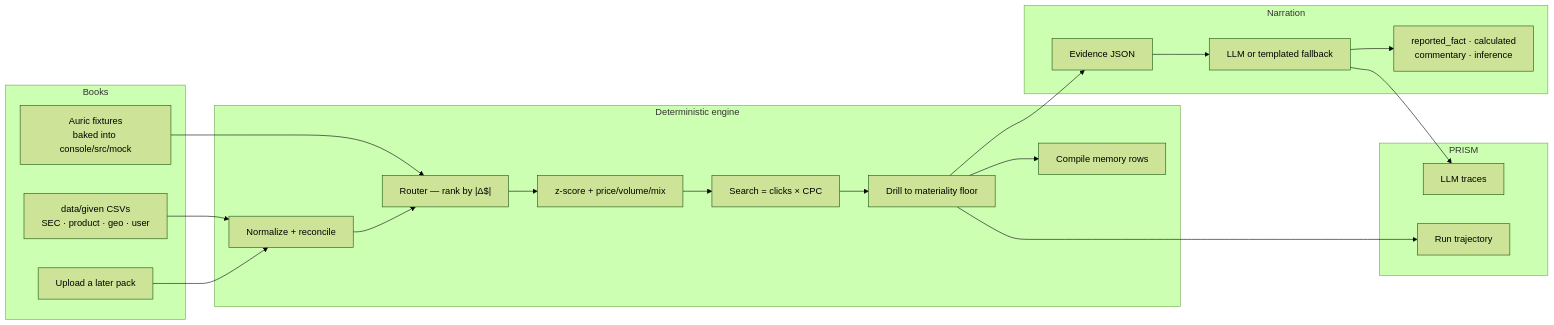
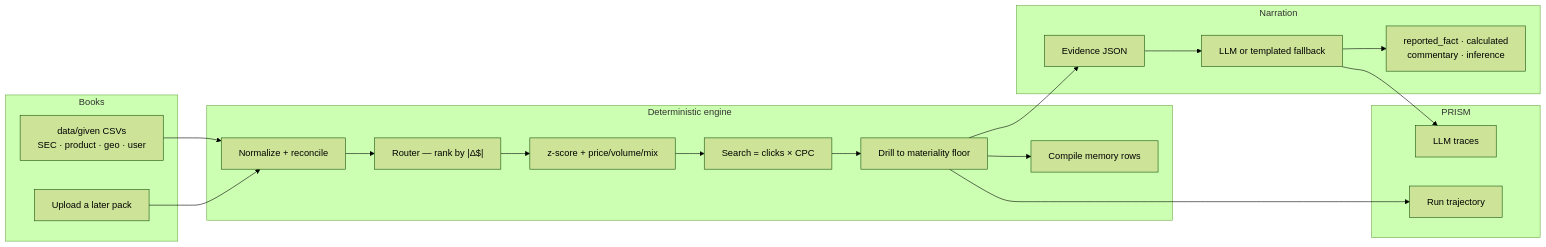
The diagram in docs/architecture.md (Athul-R/money_talk_hacks), drawn with Mermaid (forest theme) before and after one commit. The commit also changed other lines of this file and 25 other files, not shown here.

````diff
--- a/docs/architecture.md
+++ b/docs/architecture.md
@@ -13,36 +13,34 @@
 ```mermaid
 flowchart LR
     subgraph sources [Books]
       Given["data/given CSVs\nSEC · product · geo · user"]
       Upload["Upload a later pack"]
-      Fixtures["Auric fixtures\nbaked into console/src/mock"]
     end
 
     subgraph engine [Deterministic engine]
       Load[Normalize + reconcile]
       Router["Router — rank by |Δ$|"]
       Measure[z-score + price/volume/mix]
       KPI["Search = clicks × CPC"]
       Drill["Drill to materiality floor"]
       Memory[Compile memory rows]
     end
 
     subgraph speak [Narration]
       Evidence[Evidence JSON]
       LLM["LLM or templated fallback"]
       Tags["reported_fact · calculated\ncommentary · inference"]
     end
 
     subgraph prove [PRISM]
       Trace[LLM traces]
       Traj[Run trajectory]
     end
 
     Given --> Load
     Upload --> Load
-    Fixtures --> Router
     Load --> Router --> Measure --> KPI --> Drill --> Memory
     Drill --> Evidence --> LLM --> Tags
     LLM --> Trace
     Drill --> Traj
 ```
````
